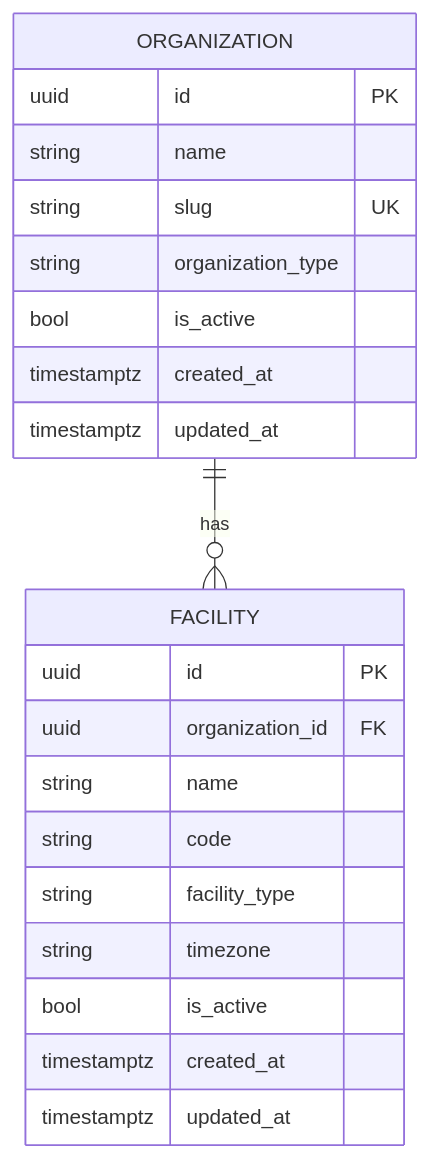
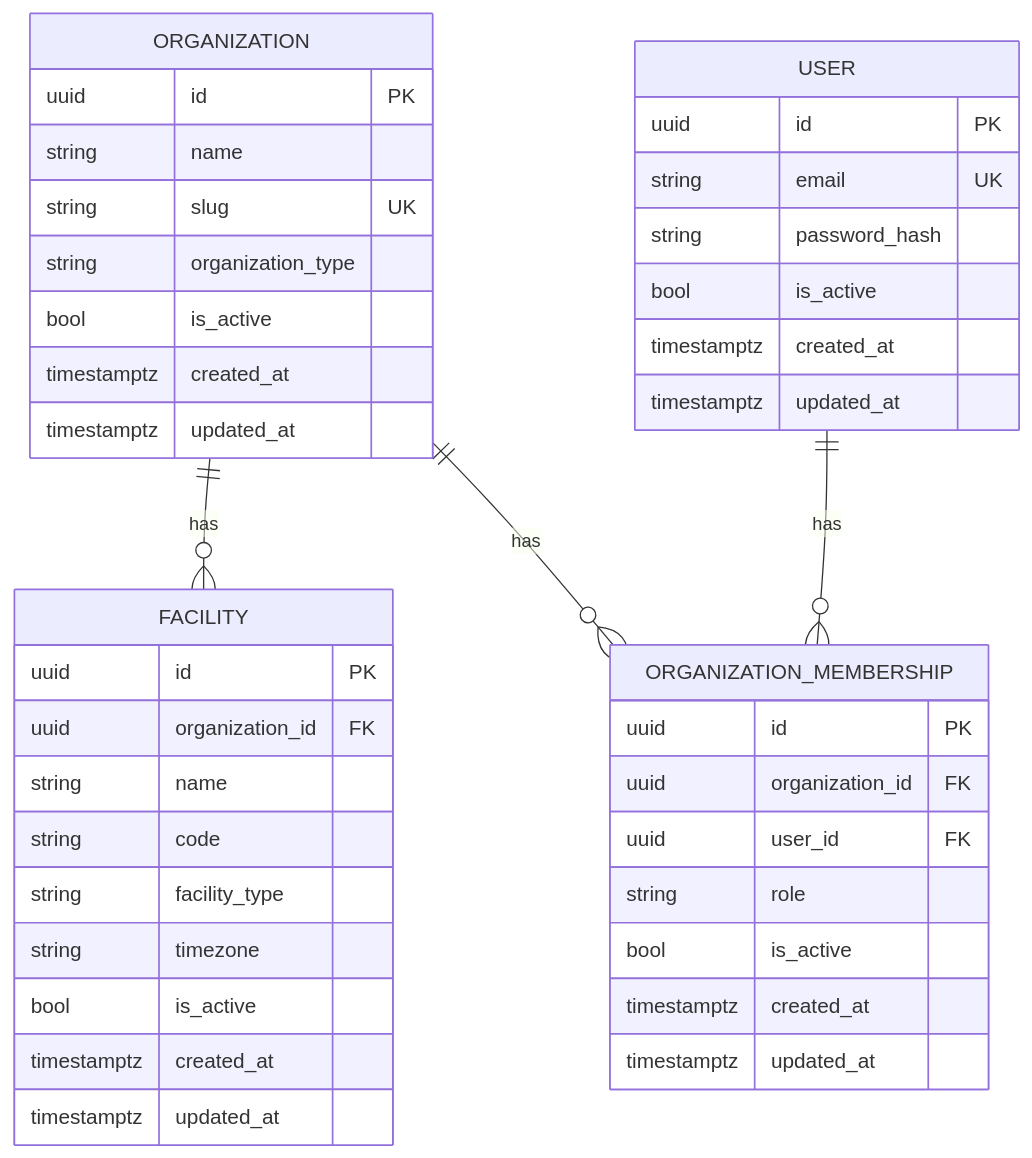
One commit to ChethanVMuttagi/agentcare changed the diagram in docs/DOMAIN_MODEL.md. Above: the diagram before and after it, drawn with Mermaid. The commit also changed other lines of this file and 35 other files, not shown here.

````diff
--- a/docs/DOMAIN_MODEL.md
+++ b/docs/DOMAIN_MODEL.md
@@ -15,24 +18,43 @@
 ```mermaid
 erDiagram
     ORGANIZATION ||--o{ FACILITY : "has"
+    ORGANIZATION ||--o{ ORGANIZATION_MEMBERSHIP : "has"
+    USER ||--o{ ORGANIZATION_MEMBERSHIP : "has"
     ORGANIZATION {
         uuid id PK
         string name
         string slug UK
         string organization_type
         bool is_active
         timestamptz created_at
         timestamptz updated_at
     }
     FACILITY {
         uuid id PK
         uuid organization_id FK
         string name
         string code
         string facility_type
         string timezone
         bool is_active
         timestamptz created_at
         timestamptz updated_at
     }
+    USER {
+        uuid id PK
+        string email UK
+        string password_hash
+        bool is_active
+        timestamptz created_at
+        timestamptz updated_at
+    }
+    ORGANIZATION_MEMBERSHIP {
+        uuid id PK
+        uuid organization_id FK
+        uuid user_id FK
+        string role
+        bool is_active
+        timestamptz created_at
+        timestamptz updated_at
+    }
 ```
````
